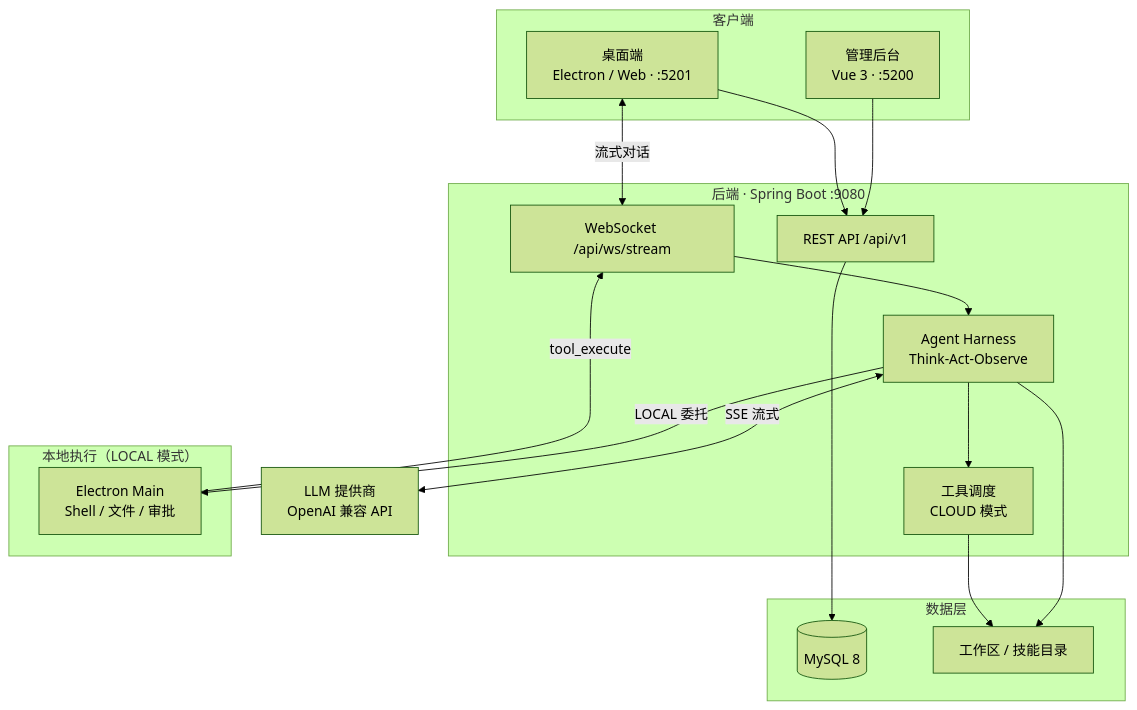
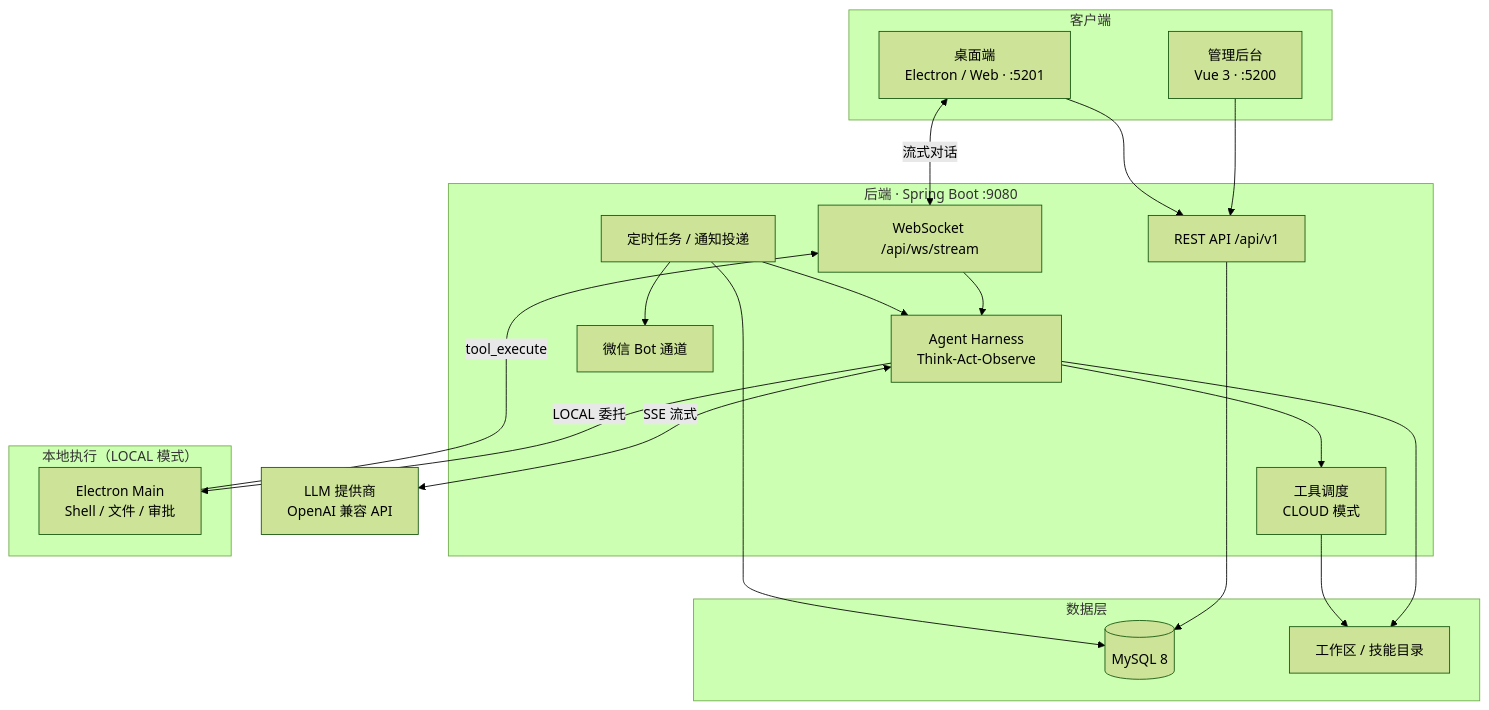
Before and after one commit to DC-ET/mao: the diagram in README.md, drawn with Mermaid (forest theme). The commit also changed other lines of this file and 1 other file, not shown here.

````diff
--- a/README.md
+++ b/README.md
@@ -74,37 +75,42 @@
 ```mermaid
 flowchart TB
     subgraph clients["客户端"]
         Admin["管理后台<br/>Vue 3 · :5200"]
         Desktop["桌面端<br/>Electron / Web · :5201"]
     end
 
     subgraph backend["后端 · Spring Boot :9080"]
         API["REST API /api/v1"]
         WS["WebSocket /api/ws/stream"]
         Harness["Agent Harness<br/>Think-Act-Observe"]
         Tools["工具调度<br/>CLOUD 模式"]
+        Scheduler["定时任务 / 通知投递"]
+        Weixin["微信 Bot 通道"]
     end
 
     subgraph local["本地执行（LOCAL 模式）"]
         Electron["Electron Main<br/>Shell / 文件 / 审批"]
     end
 
     subgraph data["数据层"]
         MySQL[(MySQL 8)]
         Workspace["工作区 / 技能目录"]
     end
 
     LLM["LLM 提供商<br/>OpenAI 兼容 API"]
 
     Admin --> API
     Desktop --> API
     Desktop <-->|流式对话| WS
     WS --> Harness
     Harness --> Tools
+    Scheduler --> Harness
+    Scheduler --> Weixin
     Harness -->|LOCAL 委托| Electron
     Electron -->|tool_execute| WS
     Harness <-->|SSE 流式| LLM
     API --> MySQL
+    Scheduler --> MySQL
     Harness --> Workspace
     Tools --> Workspace
 ```
````
